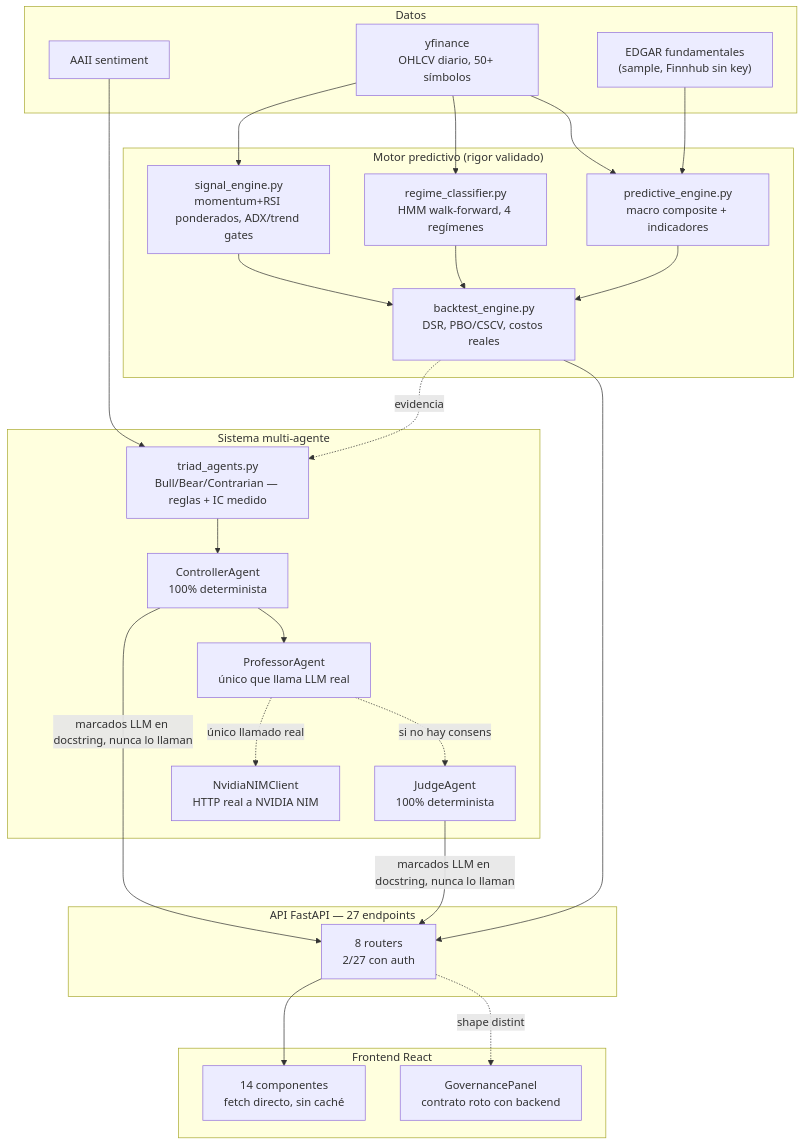
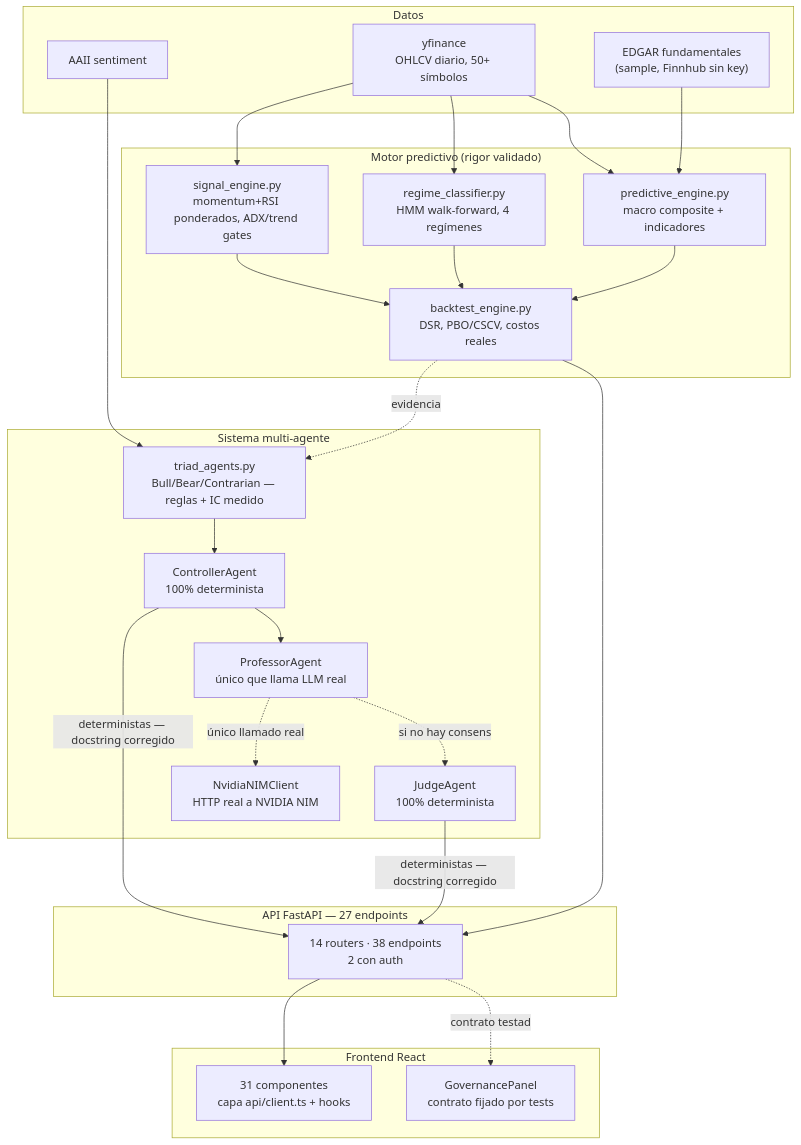
One commit to bjofrea-ctrl/fortress_core changed the diagram in AUDITORIA_TECNICA.md. Above: the diagram before and after it, drawn with Mermaid. The commit also changed other lines of this file and 8 other files, not shown here.

````diff
--- a/AUDITORIA_TECNICA.md
+++ b/AUDITORIA_TECNICA.md
@@ -53,45 +61,45 @@
 ```mermaid
 flowchart TB
     subgraph datos["Datos"]
       YF["yfinance<br/>OHLCV diario, 50+ símbolos"]
       AAII["AAII sentiment"]
       EDGAR["EDGAR fundamentales<br/>(sample, Finnhub sin key)"]
     end
 
     subgraph motor["Motor predictivo (rigor validado)"]
       SIG["signal_engine.py<br/>momentum+RSI ponderados, ADX/trend gates"]
       REG["regime_classifier.py<br/>HMM walk-forward, 4 regímenes"]
       PRED["predictive_engine.py<br/>macro composite + indicadores"]
       BT["backtest_engine.py<br/>DSR, PBO/CSCV, costos reales"]
     end
 
     subgraph agentes["Sistema multi-agente"]
       TRIAD["triad_agents.py<br/>Bull/Bear/Contrarian — reglas + IC medido"]
       CTRL["ControllerAgent<br/>100% determinista"]
       PROF["ProfessorAgent<br/>único que llama LLM real"]
       JUDGE["JudgeAgent<br/>100% determinista"]
       NIM["NvidiaNIMClient<br/>HTTP real a NVIDIA NIM"]
     end
 
     subgraph api["API FastAPI — 27 endpoints"]
-      EP["8 routers<br/>2/27 con auth"]
+      EP["14 routers · 38 endpoints<br/>2 con auth"]
     end
 
     subgraph front["Frontend React"]
-      DASH["14 componentes<br/>fetch directo, sin caché"]
-      GOV["GovernancePanel<br/>contrato roto con backend"]
+      DASH["31 componentes<br/>capa api/client.ts + hooks"]
+      GOV["GovernancePanel<br/>contrato fijado por tests"]
     end
 
     YF --> SIG & REG & PRED
     AAII --> TRIAD
     EDGAR --> PRED
     SIG & REG & PRED --> BT
     BT -.evidencia.-> TRIAD
     TRIAD --> CTRL --> PROF
     PROF -.si no hay consenso.-> JUDGE
     PROF -.único llamado real.-> NIM
-    CTRL & JUDGE -->|"marcados LLM en docstring, nunca lo llaman"| EP
+    CTRL & JUDGE -->|"deterministas — docstring corregido"| EP
     BT --> EP
     EP --> DASH
-    EP -.shape distinto.-> GOV
+    EP -.contrato testado.-> GOV
 ```
````
